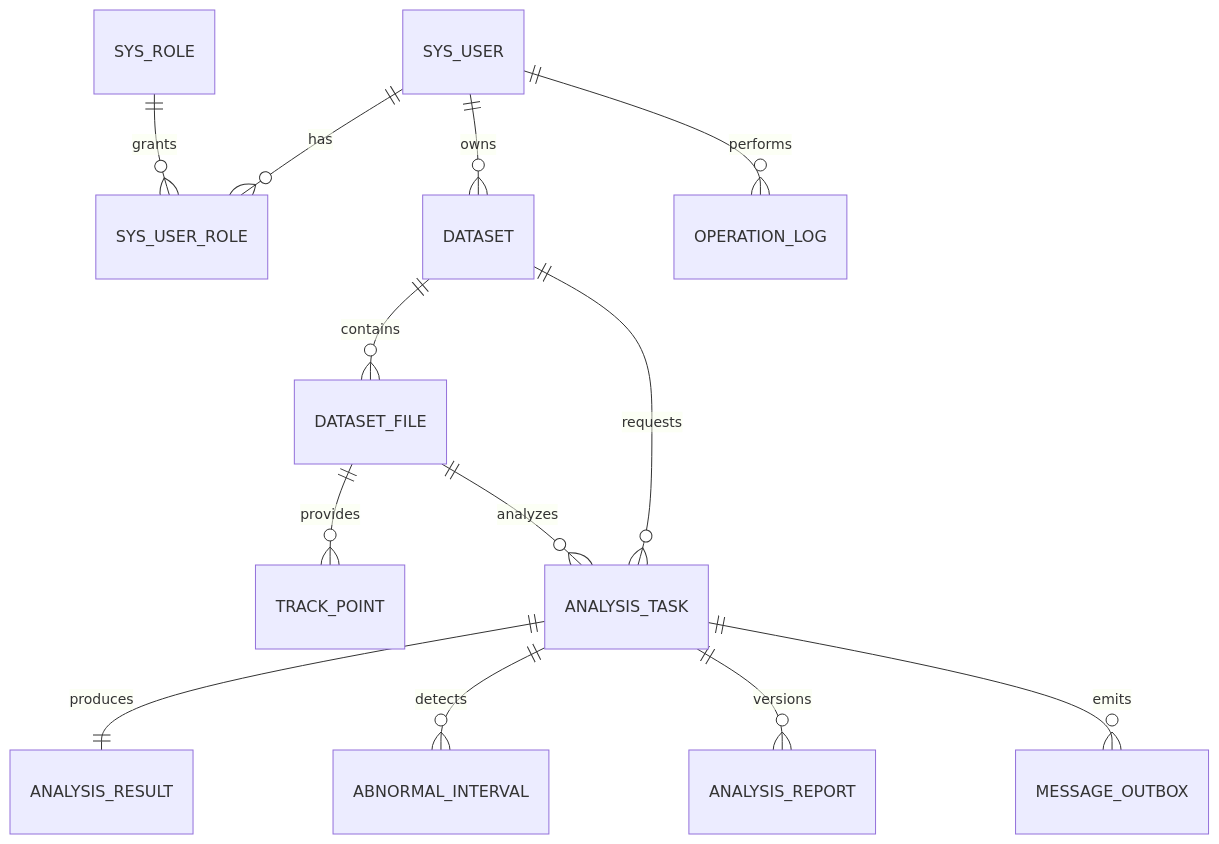
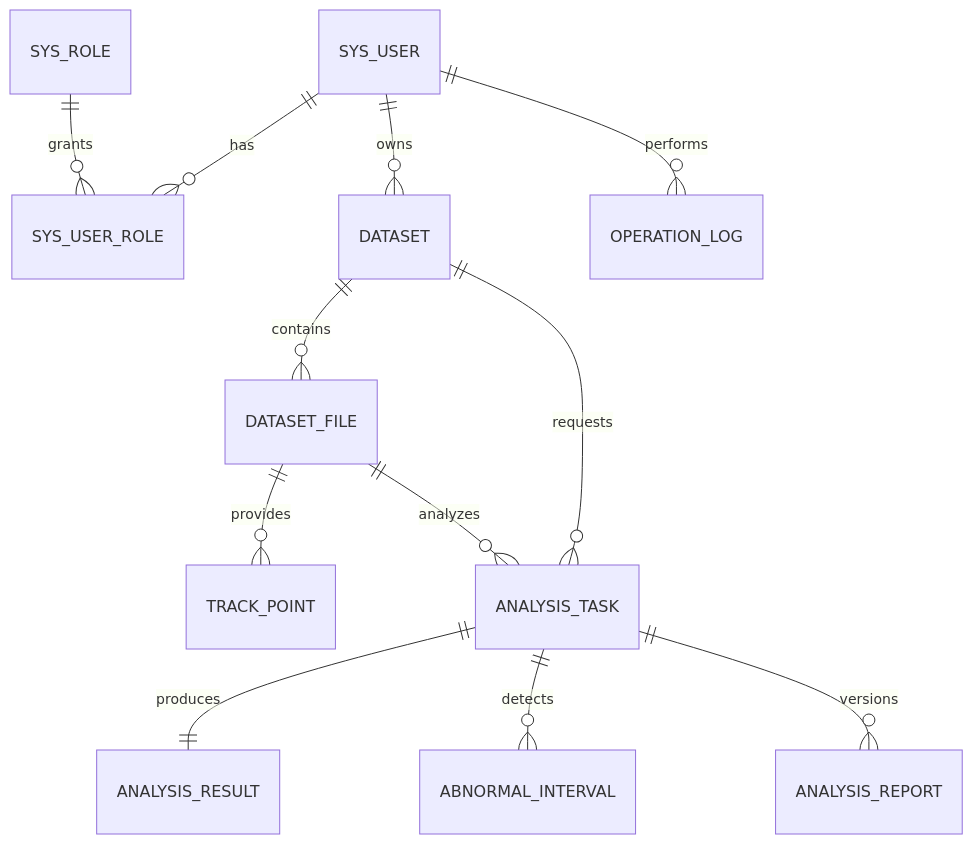
One commit to comi-master/track-evaluation-platform changed the diagram in docs/database.md. Above: the diagram before and after it, drawn with Mermaid. The commit also changed other lines of this file and 8 other files, not shown here.

Commit message:
docs: simplify project roadmap to seven milestones

````diff
--- a/docs/database.md
+++ b/docs/database.md
@@ -9,15 +9,14 @@
 ```mermaid
 erDiagram
     SYS_USER ||--o{ SYS_USER_ROLE : has
     SYS_ROLE ||--o{ SYS_USER_ROLE : grants
     SYS_USER ||--o{ DATASET : owns
     DATASET ||--o{ DATASET_FILE : contains
     DATASET_FILE ||--o{ TRACK_POINT : provides
     DATASET ||--o{ ANALYSIS_TASK : requests
     DATASET_FILE ||--o{ ANALYSIS_TASK : analyzes
     ANALYSIS_TASK ||--|| ANALYSIS_RESULT : produces
     ANALYSIS_TASK ||--o{ ABNORMAL_INTERVAL : detects
     ANALYSIS_TASK ||--o{ ANALYSIS_REPORT : versions
     SYS_USER ||--o{ OPERATION_LOG : performs
-    ANALYSIS_TASK ||--o{ MESSAGE_OUTBOX : emits
 ```
````
